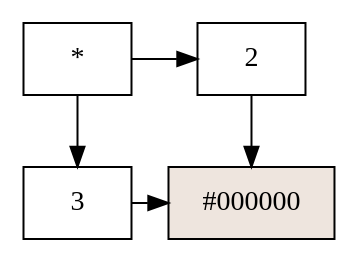
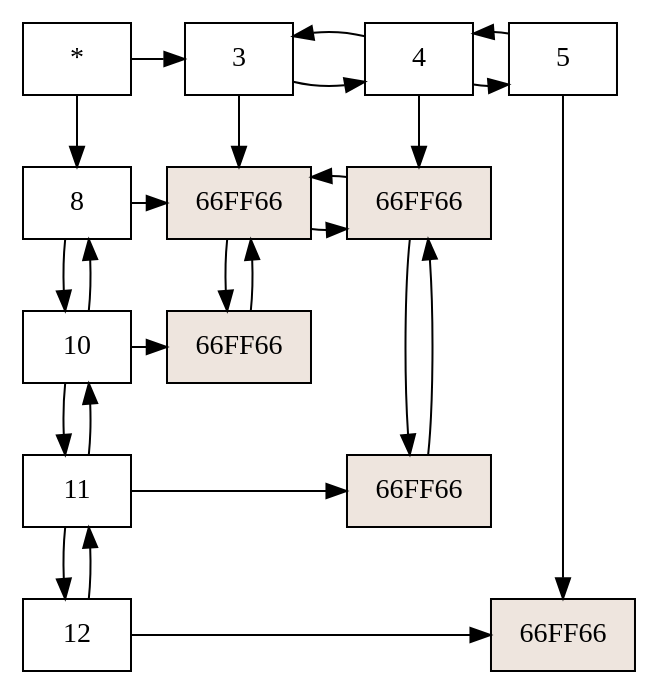
The diagram in Proyecto1/Matriz.dot (Eduardo01004/EDD_2S2019_PY1_201612124), drawn with Graphviz before and after one commit. The commit also changed 26 other files, not shown here.

```diff
--- a/Proyecto1/Matriz.dot
+++ b/Proyecto1/Matriz.dot
@@ -1,13 +1,46 @@
 digraph G{
 node [shape = box] 
 raiz[label="*"  group=1];
-8460240 [label="3" group = 1]; 
-8460208 [label="2" group = 4]; 
-raiz -> 8460240;
-raiz -> 8460208;
-{ rank  = same; raiz 8460208; }
-8498176 [style=filled,fillcolor=seashell2,label= "#000000" group = 4 ]; 
-8460240->8498176;
-{ rank = same; 8460240; 8498176; }
-8460208->8498176;
+177488 [label="8" group = 1]; 
+177104 [label="10" group = 1]; 
+176912 [label="11" group = 1]; 
+177200 [label="12" group = 1]; 
+177488->177104;
+177104->177488;
+177104->176912;
+176912->177104;
+176912->177200;
+177200->176912;
+176976 [label="3" group = 5]; 
+177552 [label="4" group = 6]; 
+176848 [label="5" group = 7]; 
+176976->177552;
+177552->176976;
+177552->176848;
+176848->177552;
+raiz -> 177488;
+raiz -> 176976;
+{ rank  = same; raiz 176976; 177552; 176848; }
+178456 [style=filled,fillcolor=seashell2,label= "66FF66" group = 5 ]; 
+178848 [style=filled,fillcolor=seashell2,label= "66FF66" group = 5 ]; 
+178400 [style=filled,fillcolor=seashell2,label= "66FF66" group = 6 ]; 
+178624 [style=filled,fillcolor=seashell2,label= "66FF66" group = 6 ]; 
+178904 [style=filled,fillcolor=seashell2,label= "66FF66" group = 7 ]; 
+177488->178456;
+178456->178400;
+178400->178456;
+{ rank = same; 177488; 178456; 178400; }
+177104->178848;
+{ rank = same; 177104; 178848; }
+176912->178624;
+{ rank = same; 176912; 178624; }
+177200->178904;
+{ rank = same; 177200; 178904; }
+176976->178456;
+178456->178848;
+178848->178456;
+177552->178400;
+178400->178624;
+178624->178400;
+176848->178904;
 }
```
